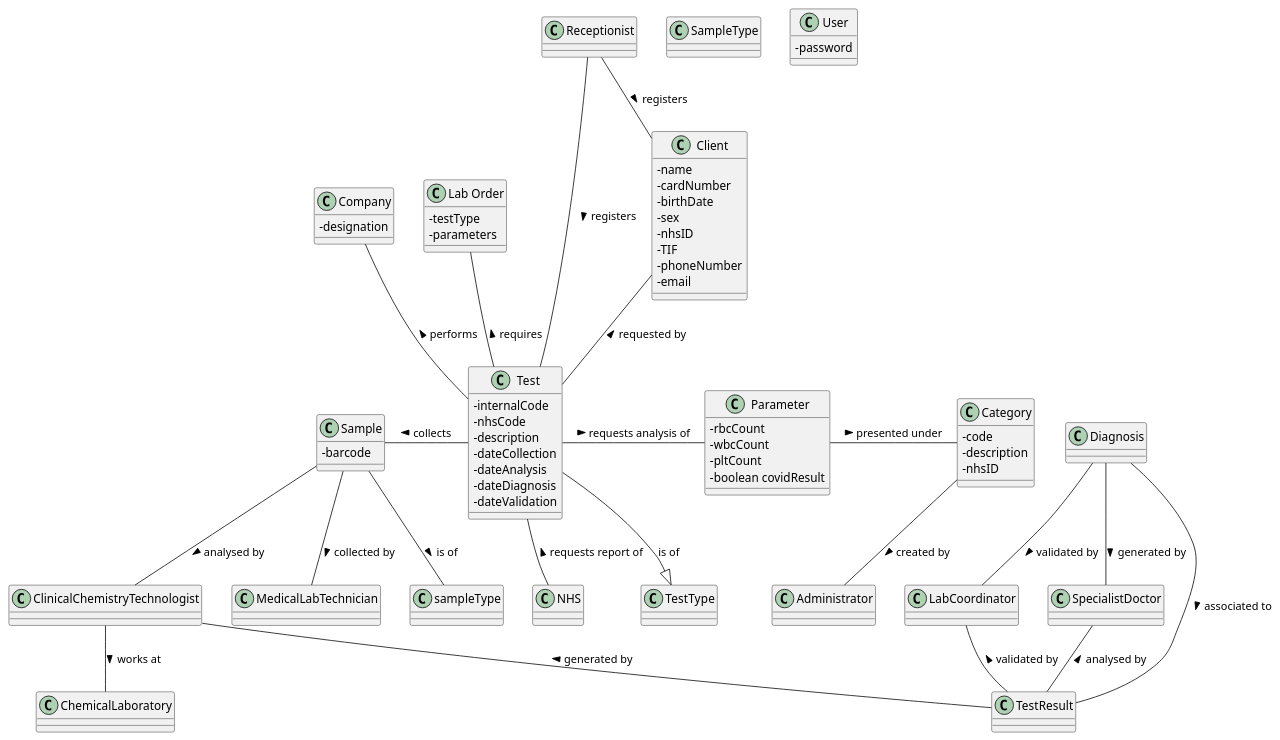
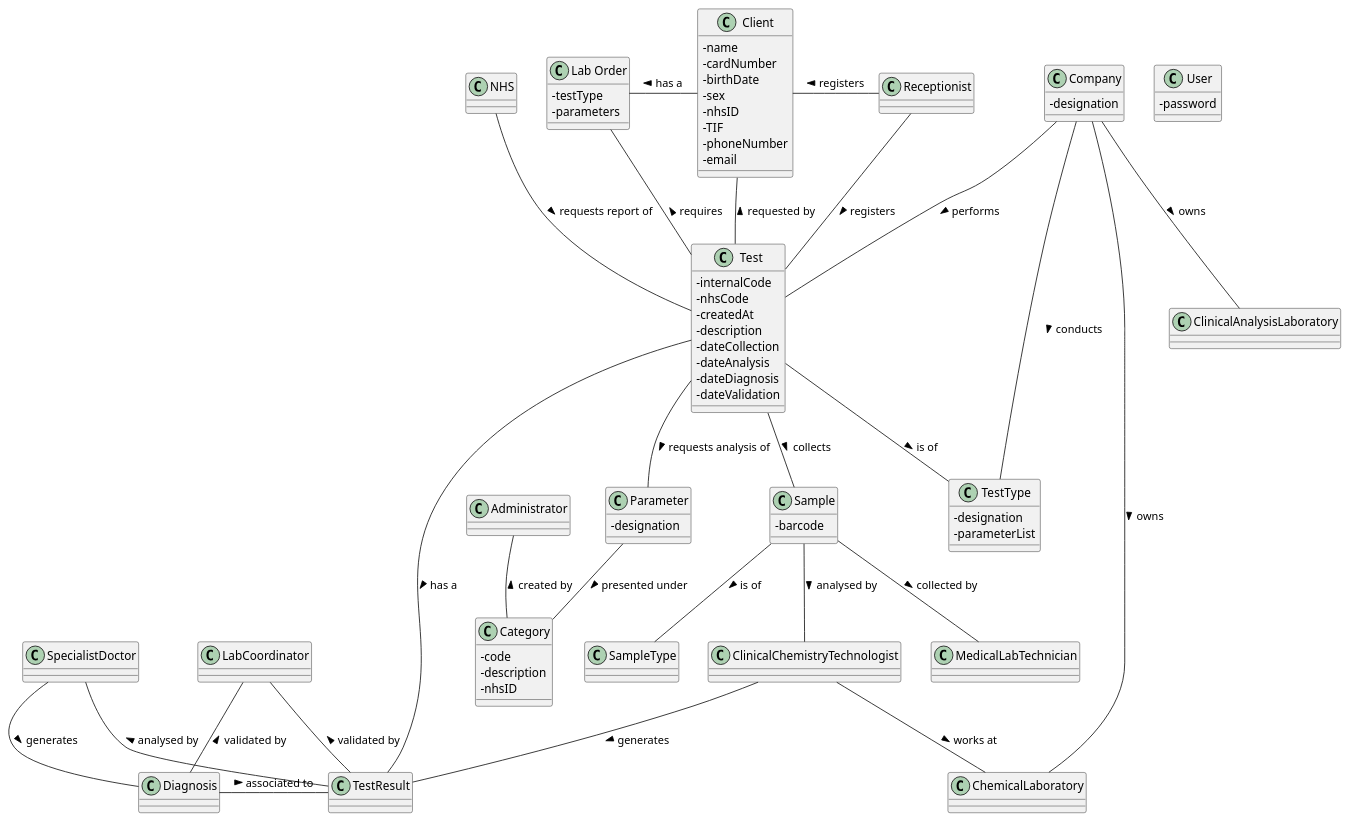
Before and after one commit to MadDinosaur/ISEP-LAPR2: the diagram in docs/SprintA/DM.puml, drawn with PlantUML. The commit also changed 1 other file, not shown here.

Commit message:
Updated Domain Model - Added Test "has a" TestResult. Removed attributes from Parameter, replaced with "designation". Removed generalization on TestType.

```diff
--- a/docs/SprintA/DM.puml
+++ b/docs/SprintA/DM.puml
@@ -1,79 +1,88 @@
 @startuml
 skinparam classAttributeIconSize 0
 class Test {
 -internalCode 
--nhsCode 
+-nhsCode
+-createdAt
 -description 
 -dateCollection 
 -dateAnalysis 
 -dateDiagnosis 
 -dateValidation
 }
-class TestType
+class TestType {
+-designation
+-parameterList
+}
 class Client {
 -name 
 -cardNumber 
 -birthDate 
 -sex 
 -nhsID
 -TIF
 -phoneNumber
 -email
 }
 class Sample {
 -barcode
 }
 class Parameter {
--rbcCount 
--wbcCount 
--pltCount 
--boolean covidResult 
+-designation
 }
 class "Lab Order" {
 -testType 
 -parameters 
 }
 class Company {
 -designation
 }
 class Category {
--code 
--description 
--nhsID 
+-code
+-description
+-nhsID
 }
 class Administrator
 class SampleType
 class MedicalLabTechnician
 class ClinicalChemistryTechnologist
 class ChemicalLaboratory
 class Receptionist
 class TestResult
 class SpecialistDoctor
 class LabCoordinator
 class Diagnosis
 class NHS
 class User {
 -password
 }
-Test --|> "TestType" : is of
+Client -left- "Lab Order" : has a >
+Company -down- TestType : conducts >
+Company -down- ChemicalLaboratory : owns >
+Company -down- ClinicalAnalysisLaboratory : owns >
+Test -down- "TestType" : is of >
 Test -up- Client : requested by >
-Test -left- Sample : collects >
-Test -right- Parameter : requests analysis of >
+Test -down- Sample : collects >
+Test -down- Parameter : requests analysis of >
 Test -up- "Lab Order" : requires >
-Test -up- Company : performs >
-Administrator -up- Category : created by <
-Parameter -right- Category : presented under >
-sampleType -up- Sample  : is of <
+Test -up- Company : performs <
+Test -down- TestResult : has a >
+Test -up- NHS: requests report of <
+Administrator -- Category : created by <
+Parameter -- Category : presented under >
+SampleType -up- Sample  : is of <
 MedicalLabTechnician -up- Sample : collected by <
 ClinicalChemistryTechnologist -up- Sample : analysed by <
 ClinicalChemistryTechnologist -down- ChemicalLaboratory : works at >
-Receptionist -down- Client : registers >
+Receptionist -left- Client : registers >
 Receptionist -down- Test : registers >
-TestResult -up- ClinicalChemistryTechnologist : generated by >
+TestResult -up- ClinicalChemistryTechnologist : generates <
 TestResult -up- SpecialistDoctor : analysed by >
 TestResult -up- LabCoordinator : validated by >
-Diagnosis -down- SpecialistDoctor : generated by >
-Diagnosis -down- LabCoordinator : validated by >
-Diagnosis -down- TestResult : associated to >
-NHS -up- Test : requests report of >
+Diagnosis -up- SpecialistDoctor : generates <
+Diagnosis -up- LabCoordinator : validated by >
+Diagnosis -right- TestResult : associated to >
+
+'Note:
+'Consider the following generalizations: Employee and Laboratory
 @enduml
```
